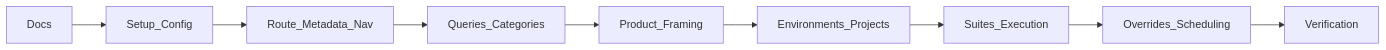
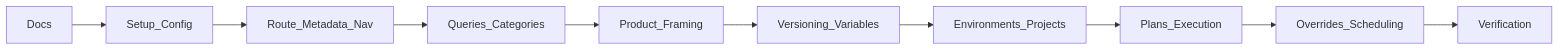
The diagram in plans/README.md (SAUCE-2/da), drawn with Mermaid before and after one commit. The commit also changed other lines of this file and 151 other files, not shown here.

````diff
--- a/plans/README.md
+++ b/plans/README.md
@@ -43,11 +53,12 @@
 ```mermaid
 flowchart LR
   docs[Docs] --> setup[Setup_Config]
   setup --> navMeta[Route_Metadata_Nav]
   navMeta --> queries[Queries_Categories]
   queries --> framing[Product_Framing]
-  framing --> context[Environments_Projects]
-  context --> suites[Suites_Execution]
-  suites --> overrides[Overrides_Scheduling]
+  framing --> versions[Versioning_Variables]
+  versions --> context[Environments_Projects]
+  context --> plans[Plans_Execution]
+  plans --> overrides[Overrides_Scheduling]
   overrides --> verify[Verification]
 ```
````
